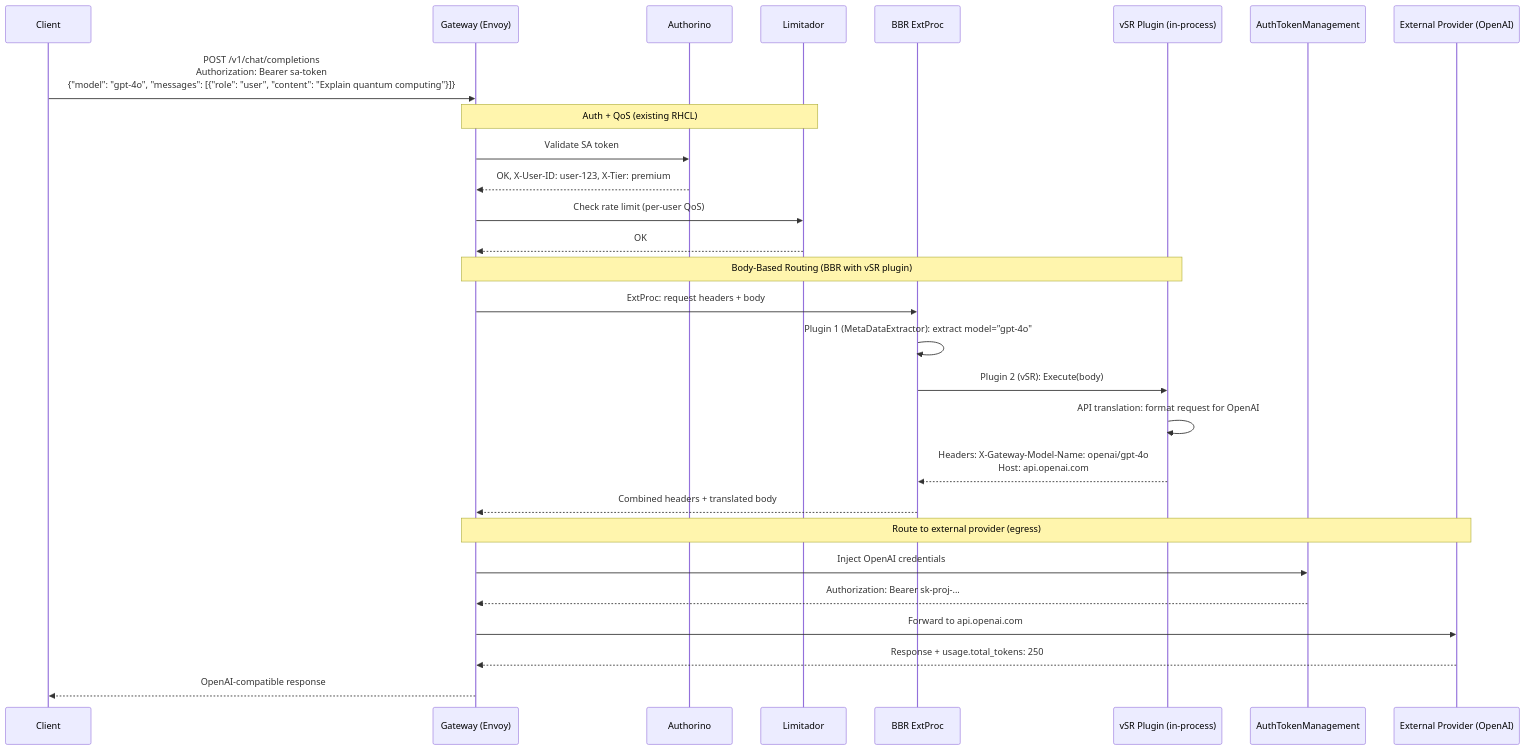
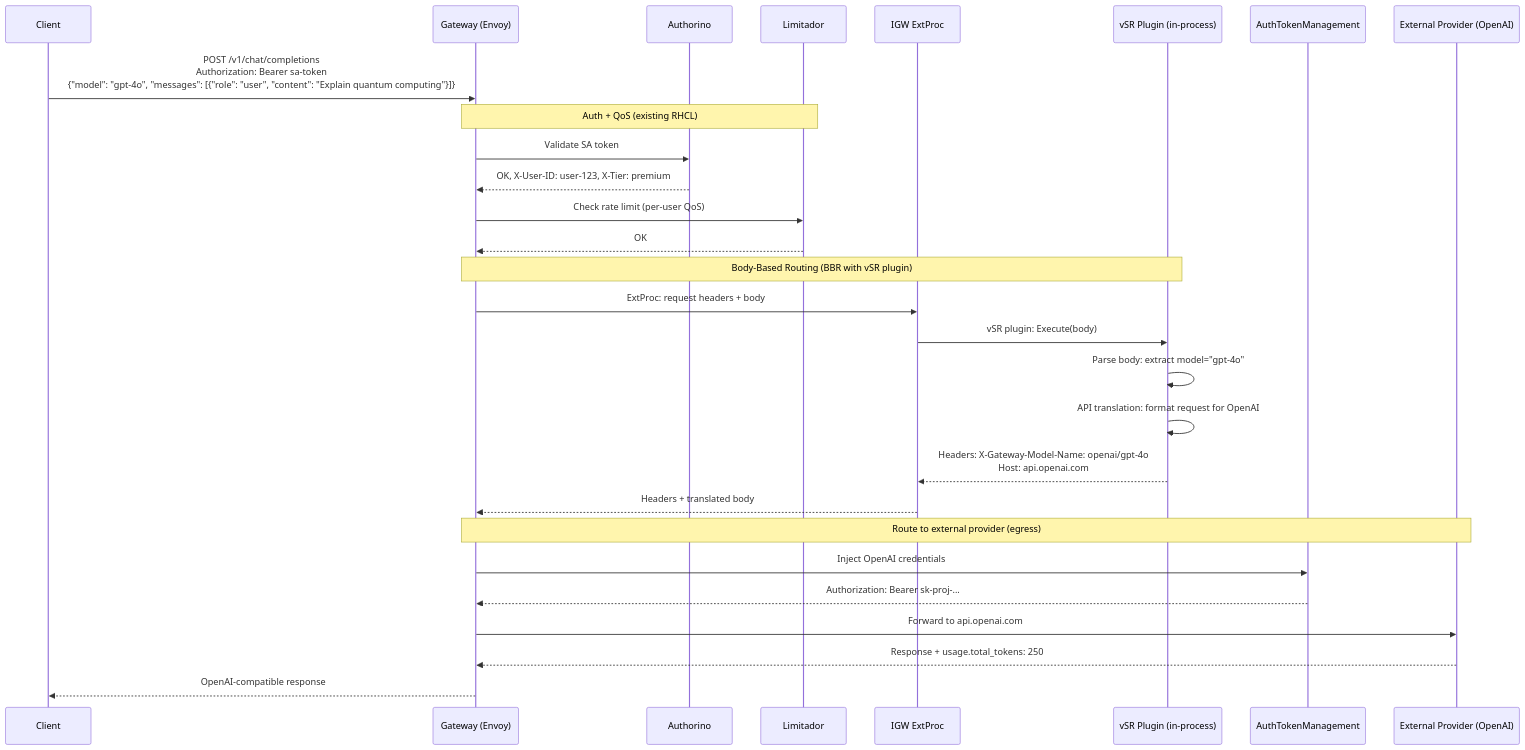
Before and after one commit to noyitz/maas-designs: the first of 2 diagrams in vsr-maas-integration/phase-1-design-v1.2.md, drawn with Mermaid. The commit also changed other lines of this file, not shown here.

````diff
--- a/vsr-maas-integration/phase-1-design-v1.2.md
+++ b/vsr-maas-integration/phase-1-design-v1.2.md
@@ -183,35 +184,35 @@
 ```mermaid
 sequenceDiagram
     participant Client
     participant Gateway as Gateway (Envoy)
     participant Authorino
     participant Limitador
-    participant BBR as BBR ExtProc
+    participant BBR as IGW ExtProc
     participant vSRPlugin as vSR Plugin (in-process)
     participant ATM as AuthTokenManagement
     participant Provider as External Provider (OpenAI)
 
     Client->>Gateway: POST /v1/chat/completions<br/>Authorization: Bearer sa-token<br/>{"model": "gpt-4o", "messages": [{"role": "user", "content": "Explain quantum computing"}]}
 
     Note over Gateway,Limitador: Auth + QoS (existing RHCL)
     Gateway->>Authorino: Validate SA token
     Authorino-->>Gateway: OK, X-User-ID: user-123, X-Tier: premium
     Gateway->>Limitador: Check rate limit (per-user QoS)
     Limitador-->>Gateway: OK
 
     Note over Gateway,vSRPlugin: Body-Based Routing (BBR with vSR plugin)
     Gateway->>BBR: ExtProc: request headers + body
-    BBR->>BBR: Plugin 1 (MetaDataExtractor): extract model="gpt-4o"
-    BBR->>vSRPlugin: Plugin 2 (vSR): Execute(body)
+    BBR->>vSRPlugin: vSR plugin: Execute(body)
+    vSRPlugin->>vSRPlugin: Parse body: extract model="gpt-4o"
     vSRPlugin->>vSRPlugin: API translation: format request for OpenAI
     vSRPlugin-->>BBR: Headers: X-Gateway-Model-Name: openai/gpt-4o<br/>Host: api.openai.com
-    BBR-->>Gateway: Combined headers + translated body
+    BBR-->>Gateway: Headers + translated body
 
     Note over Gateway,Provider: Route to external provider (egress)
     Gateway->>ATM: Inject OpenAI credentials
     ATM-->>Gateway: Authorization: Bearer sk-proj-...
     Gateway->>Provider: Forward to api.openai.com
     Provider-->>Gateway: Response + usage.total_tokens: 250
 
     Gateway-->>Client: OpenAI-compatible response
 ```
````
